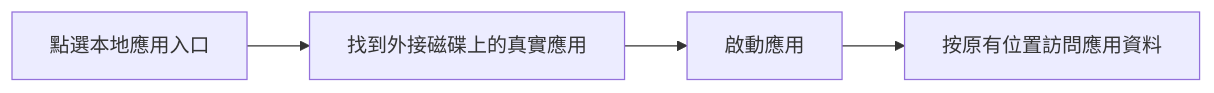
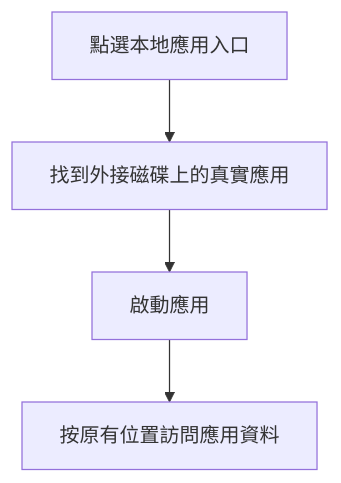
The diagram in User_docs/docs/zh-Hant/migration-strategy/portal.md (wzh4869/AppPorts), drawn with Mermaid before and after one commit. The commit also changed 3 other files, not shown here.

Commit message:
fix(docs): improve flowchart readability on narrow screens

````diff
--- a/User_docs/docs/zh-Hant/migration-strategy/portal.md
+++ b/User_docs/docs/zh-Hant/migration-strategy/portal.md
@@ -9,6 +9,6 @@
 ```mermaid
-flowchart LR
+flowchart TB
   A[點選本地應用入口] --> B[找到外接磁碟上的真實應用]
   B --> C[啟動應用]
   C --> D[按原有位置訪問應用資料]
 ```
````
